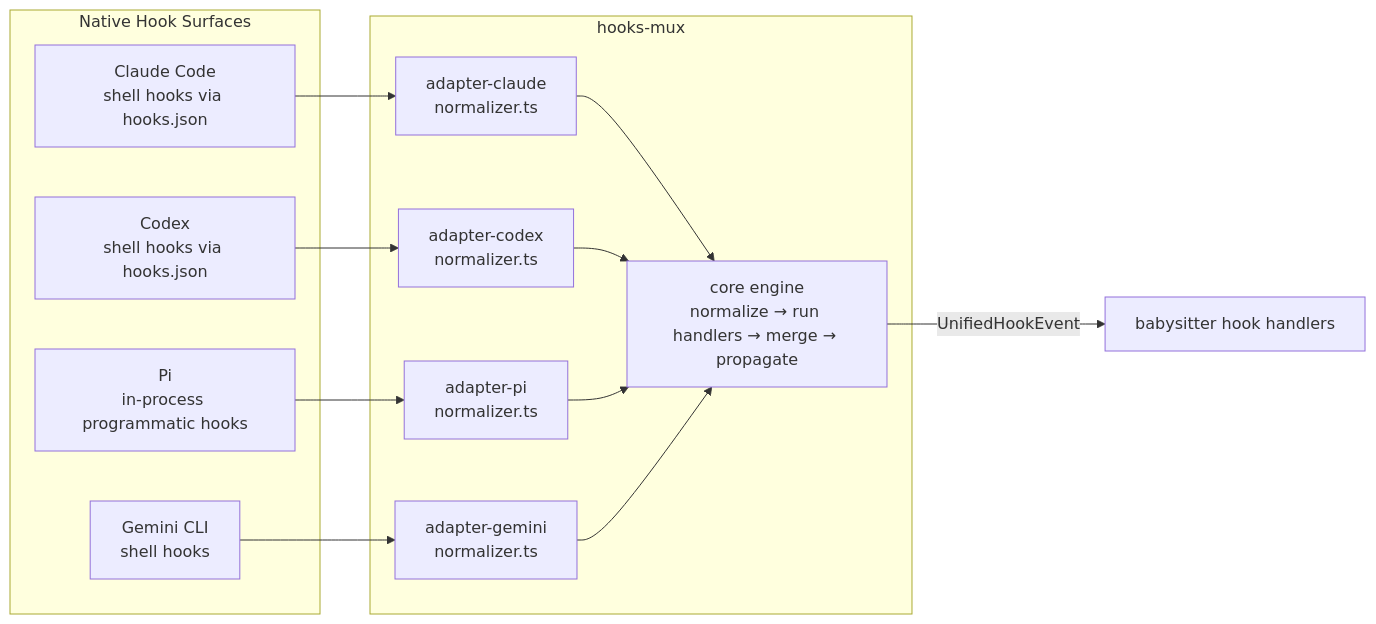
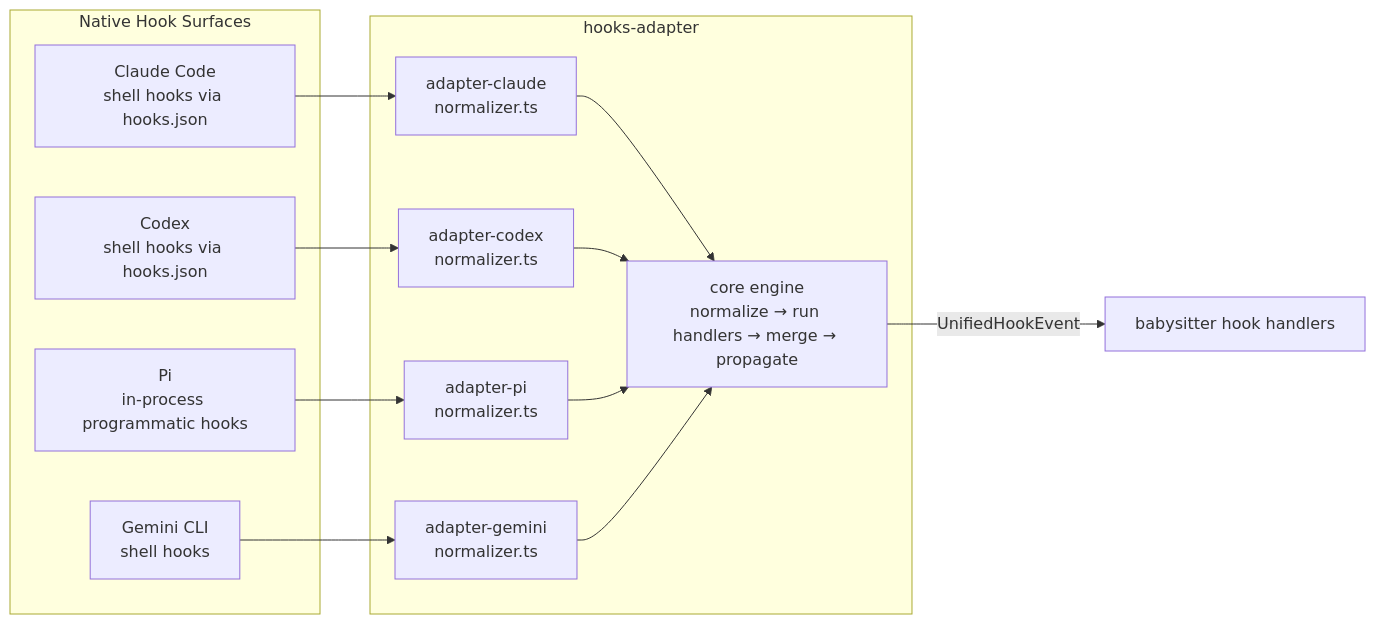
One commit to danielkman/babysitter changed the second of 16 diagrams in docs/development/03-babysitter-plugin-flows.md. Above: the diagram before and after it, drawn with Mermaid. The commit also changed other lines of this file and 682 other files, not shown here.

First line of the commit message:
refactor: eliminate -mux terminology from source — use -adapter

````diff
--- a/docs/development/03-babysitter-plugin-flows.md
+++ b/docs/development/03-babysitter-plugin-flows.md
@@ -64,24 +64,24 @@
 ```mermaid
 graph LR
     subgraph "Native Hook Surfaces"
         CC["Claude Code<br/>shell hooks via hooks.json"]
         CX["Codex<br/>shell hooks via hooks.json"]
         PI["Pi<br/>in-process programmatic hooks"]
         GC["Gemini CLI<br/>shell hooks"]
     end
 
-    subgraph "hooks-mux"
+    subgraph "hooks-adapter"
         AC["adapter-claude<br/>normalizer.ts"]
         AX["adapter-codex<br/>normalizer.ts"]
         AP["adapter-pi<br/>normalizer.ts"]
         AG["adapter-gemini<br/>normalizer.ts"]
         CORE["core engine<br/>normalize → run handlers → merge → propagate"]
     end
 
     CC --> AC --> CORE
     CX --> AX --> CORE
     PI --> AP --> CORE
     GC --> AG --> CORE
 
     CORE --> |"UnifiedHookEvent"| HANDLERS["babysitter hook handlers"]
 ```
````
